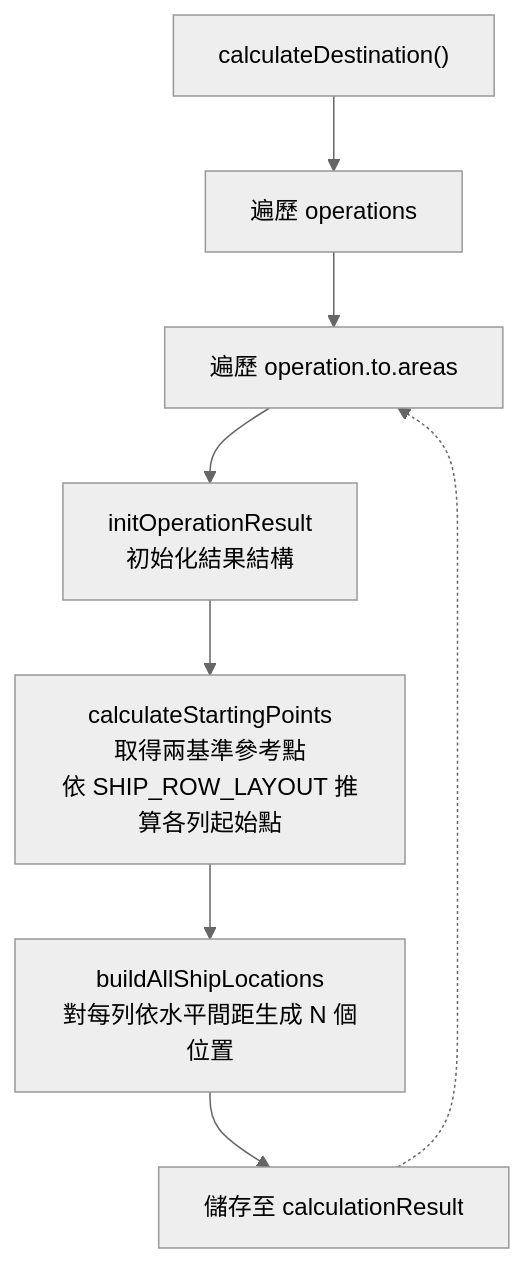
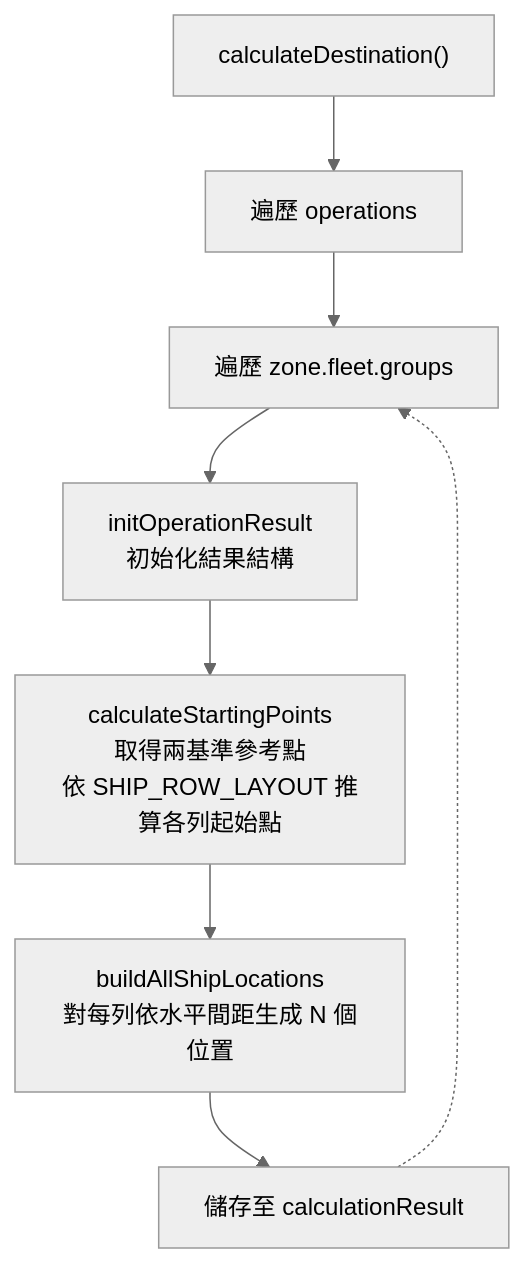
Before and after one commit to pullupjumper/formosa-in-flames: the first of 2 diagrams in docs/landingOps/shipMovement.md, drawn with Mermaid (neutral theme). The commit also changed 16 other files, not shown here.

First line of the commit message:
refactor(landingOps): align fleet groups and SAGs under SBJ__ShipGroup

````diff
--- a/docs/landingOps/shipMovement.md
+++ b/docs/landingOps/shipMovement.md
@@ -60,13 +60,13 @@
 ```mermaid
 flowchart TD
     START["calculateDestination()"]
     ITER_OP["遍歷 operations"]
-    ITER_AREA["遍歷 operation.to.areas"]
+    ITER_AREA["遍歷 zone.fleet.groups"]
     INIT["initOperationResult<br>初始化結果結構"]
     CALC_SP["calculateStartingPoints<br>取得兩基準參考點<br>依 SHIP_ROW_LAYOUT 推算各列起始點"]
     GEN_LOC["buildAllShipLocations<br>對每列依水平間距生成 N 個位置"]
     STORE["儲存至 calculationResult"]
 
     START --> ITER_OP --> ITER_AREA --> INIT --> CALC_SP --> GEN_LOC --> STORE
     STORE -.-> ITER_AREA
 ```
````
